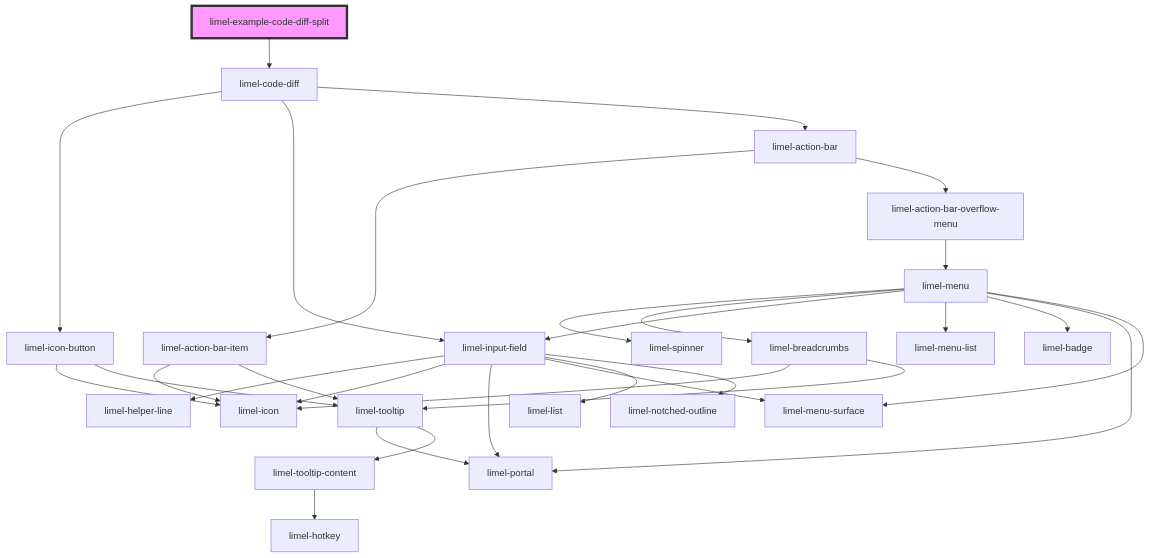
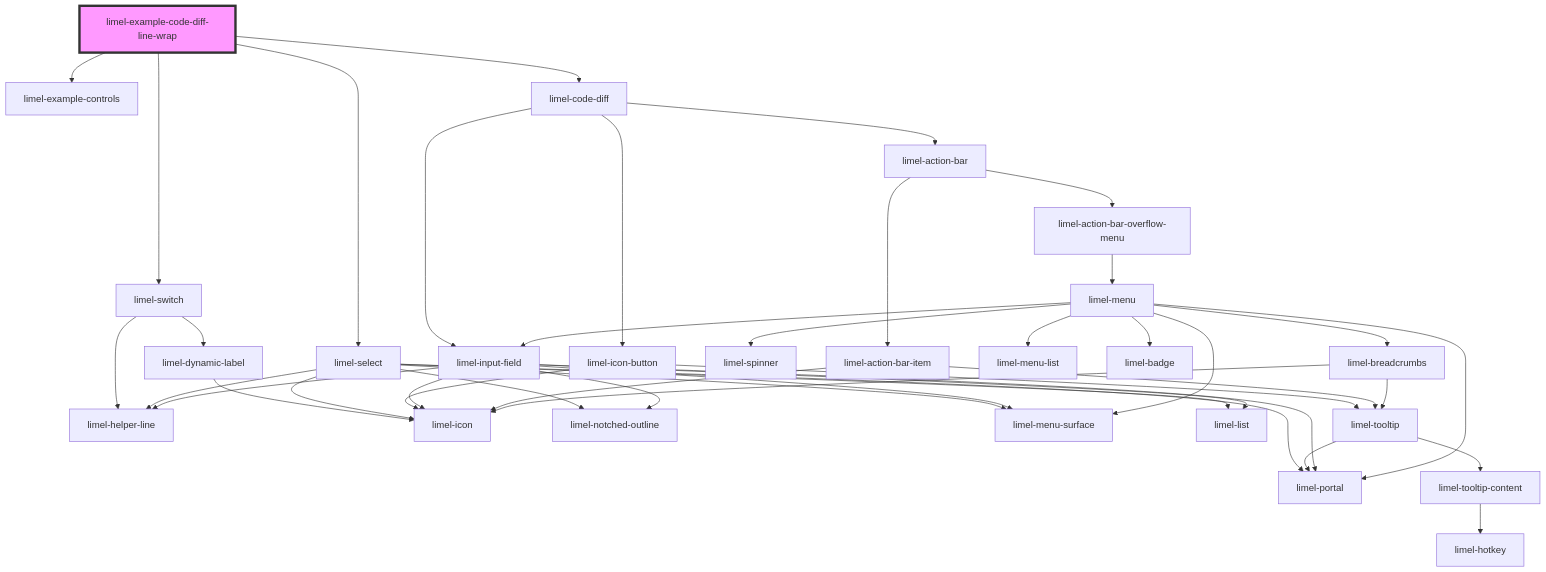
The diagram in versions/PR-4079/markdown-docs/components/code-diff/examples/readme.md (Lundalogik/lime-elements), drawn with Mermaid before and after one commit. The commit also changed other lines of this file and 8 other files, not shown here.

````diff
--- a/versions/PR-4079/markdown-docs/components/code-diff/examples/readme.md
+++ b/versions/PR-4079/markdown-docs/components/code-diff/examples/readme.md
@@ -21,33 +25,45 @@
 ```mermaid
 graph TD;
-  limel-example-code-diff-split --> limel-code-diff
+  limel-example-code-diff-line-wrap --> limel-example-controls
+  limel-example-code-diff-line-wrap --> limel-switch
+  limel-example-code-diff-line-wrap --> limel-select
+  limel-example-code-diff-line-wrap --> limel-code-diff
+  limel-switch --> limel-dynamic-label
+  limel-switch --> limel-helper-line
+  limel-dynamic-label --> limel-icon
+  limel-select --> limel-notched-outline
+  limel-select --> limel-icon
+  limel-select --> limel-helper-line
+  limel-select --> limel-portal
+  limel-select --> limel-menu-surface
+  limel-select --> limel-list
   limel-code-diff --> limel-icon-button
   limel-code-diff --> limel-input-field
   limel-code-diff --> limel-action-bar
   limel-icon-button --> limel-icon
   limel-icon-button --> limel-tooltip
   limel-tooltip --> limel-portal
   limel-tooltip --> limel-tooltip-content
   limel-tooltip-content --> limel-hotkey
   limel-input-field --> limel-helper-line
   limel-input-field --> limel-icon
   limel-input-field --> limel-portal
   limel-input-field --> limel-menu-surface
   limel-input-field --> limel-list
   limel-input-field --> limel-notched-outline
   limel-action-bar --> limel-action-bar-item
   limel-action-bar --> limel-action-bar-overflow-menu
   limel-action-bar-item --> limel-icon
   limel-action-bar-item --> limel-tooltip
   limel-action-bar-overflow-menu --> limel-menu
   limel-menu --> limel-spinner
   limel-menu --> limel-breadcrumbs
   limel-menu --> limel-input-field
   limel-menu --> limel-menu-list
   limel-menu --> limel-badge
   limel-menu --> limel-portal
   limel-menu --> limel-menu-surface
   limel-breadcrumbs --> limel-icon
   limel-breadcrumbs --> limel-tooltip
-  style limel-example-code-diff-split fill:#f9f,stroke:#333,stroke-width:4px
+  style limel-example-code-diff-line-wrap fill:#f9f,stroke:#333,stroke-width:4px
 ```
````
